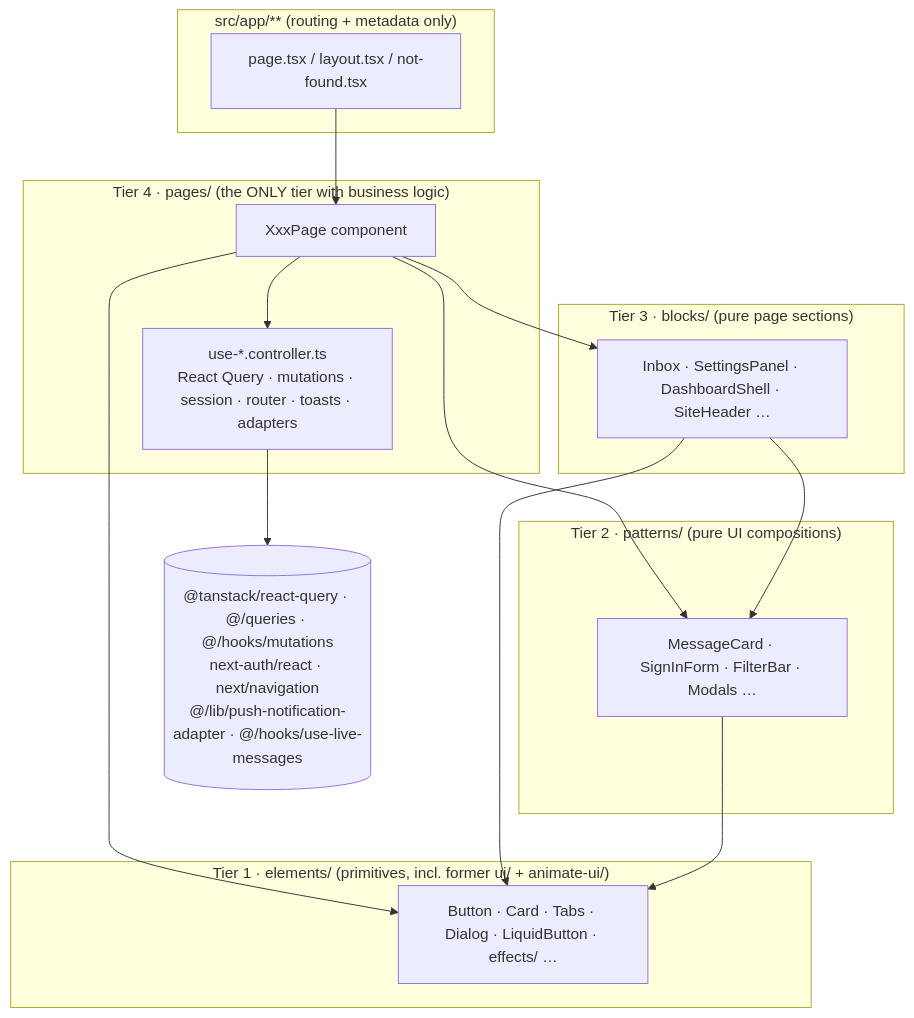
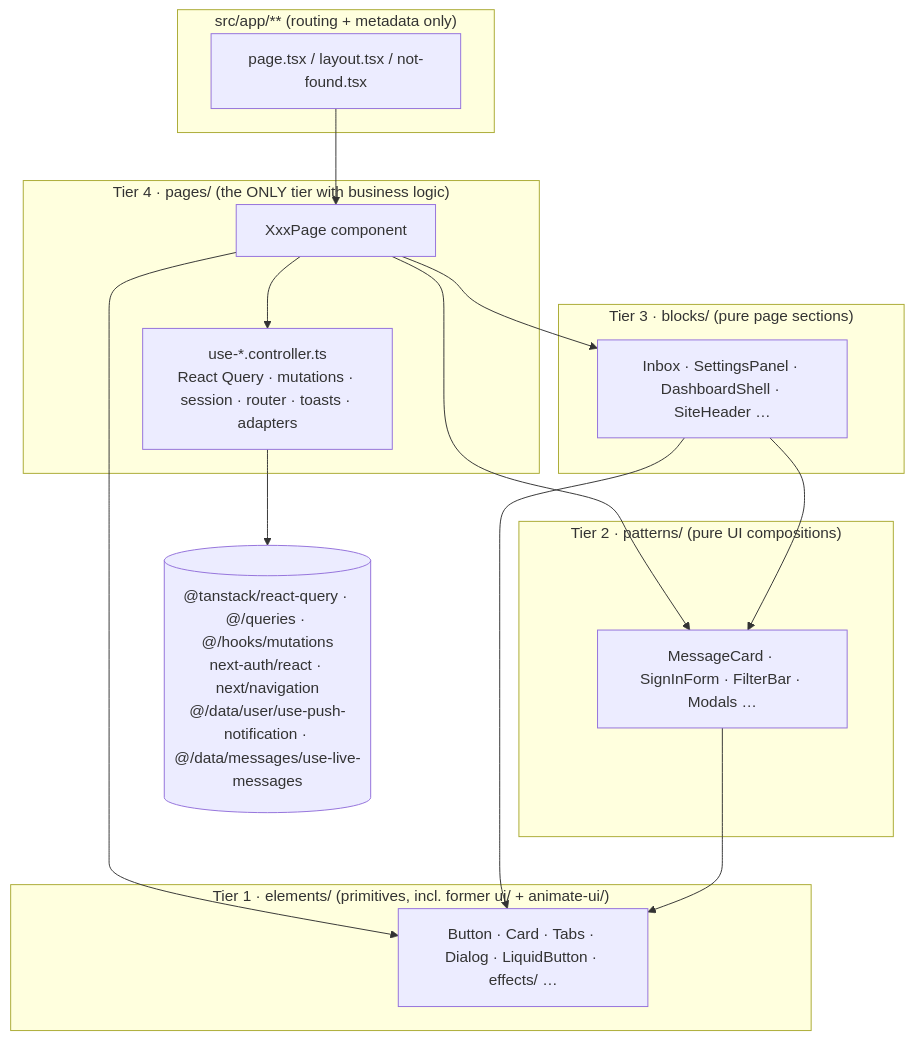
One commit to Abbas4tech/GhostMsg changed the first of 3 diagrams in docs/agents/component-architecture.md. Above: the diagram before and after it, drawn with Mermaid. The commit also changed other lines of this file and 198 other files, not shown here.

````diff
--- a/docs/agents/component-architecture.md
+++ b/docs/agents/component-architecture.md
@@ -9,32 +9,32 @@
 ```mermaid
 flowchart TD
     subgraph APP["src/app/** (routing + metadata only)"]
         R1["page.tsx / layout.tsx / not-found.tsx"]
     end
 
     subgraph PAGES["Tier 4 · pages/  (the ONLY tier with business logic)"]
         P["XxxPage component"]
         C["use-*.controller.ts<br/>React Query · mutations · session · router · toasts · adapters"]
         P --> C
     end
 
     subgraph BLOCKS["Tier 3 · blocks/  (pure page sections)"]
         B["Inbox · SettingsPanel · DashboardShell · SiteHeader …"]
     end
 
     subgraph PATTERNS["Tier 2 · patterns/  (pure UI compositions)"]
         PT["MessageCard · SignInForm · FilterBar · Modals …"]
     end
 
     subgraph ELEMENTS["Tier 1 · elements/  (primitives, incl. former ui/ + animate-ui/)"]
         E["Button · Card · Tabs · Dialog · LiquidButton · effects/ …"]
     end
 
-    DATA[("@tanstack/react-query · @/queries · @/hooks/mutations<br/>next-auth/react · next/navigation<br/>@/lib/push-notification-adapter · @/hooks/use-live-messages")]
+    DATA[("@tanstack/react-query · @/queries · @/hooks/mutations<br/>next-auth/react · next/navigation<br/>@/data/user/use-push-notification · @/data/messages/use-live-messages")]
 
     R1 --> P
     P --> B & PT & E
     B --> PT & E
     PT --> E
     C --> DATA
 ```
````
